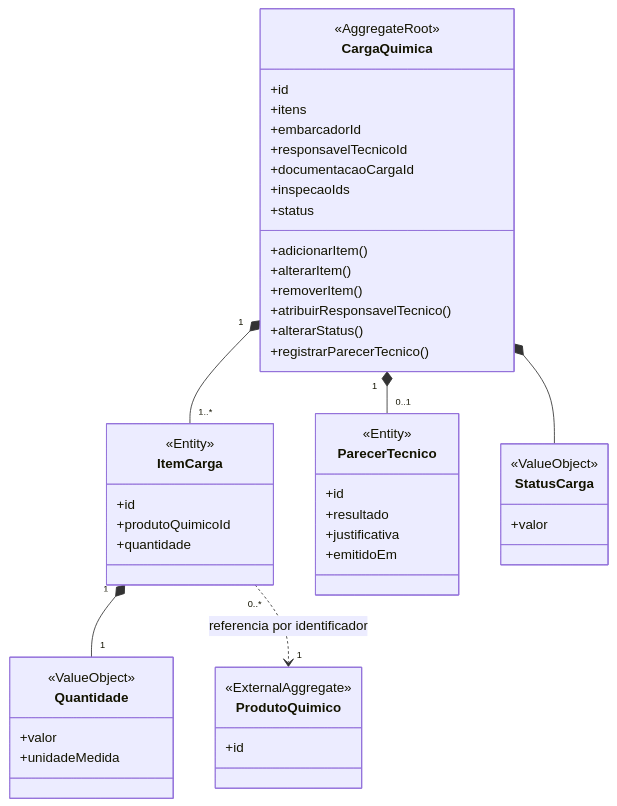
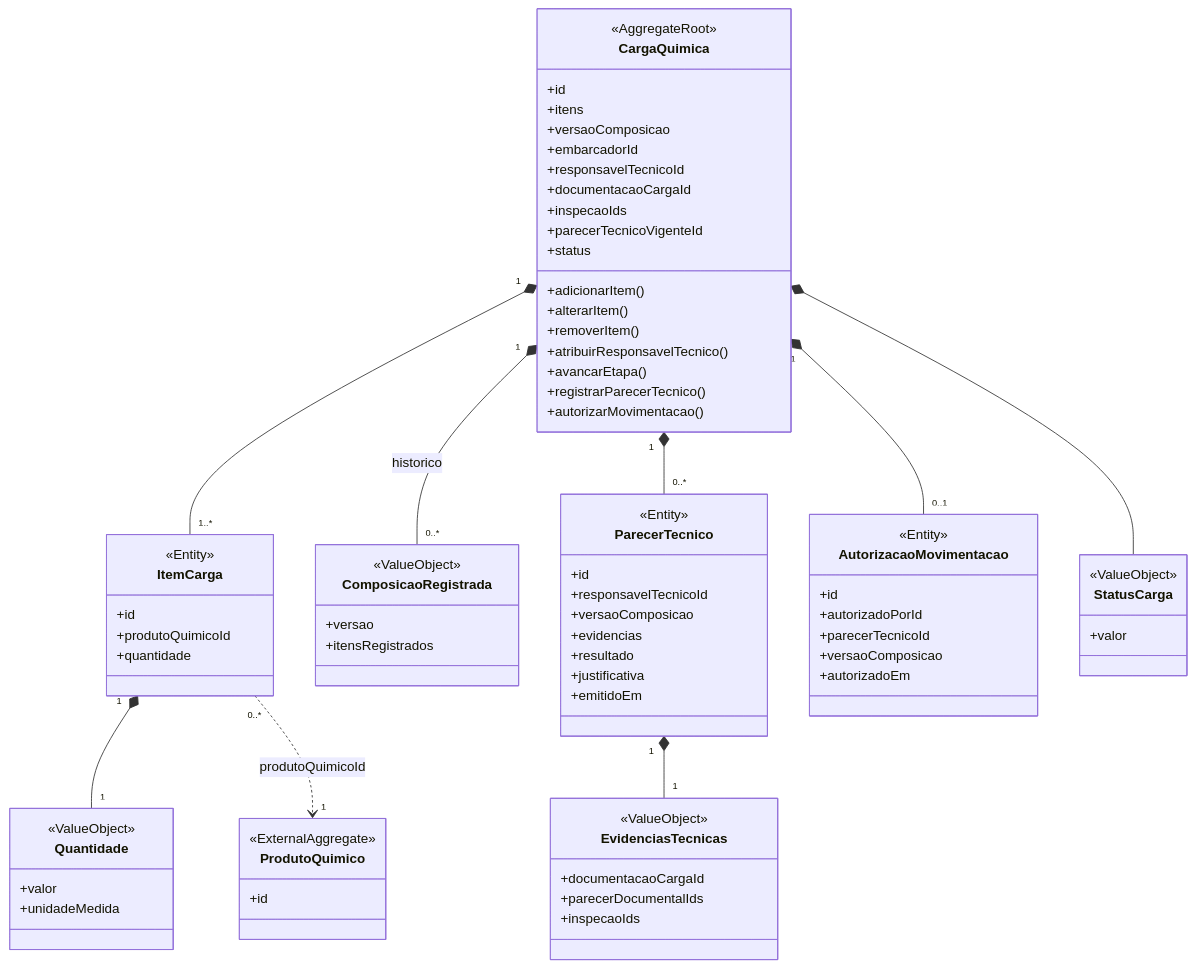
The second of 6 diagrams in docs/02-modelagem-com-ddd.md (TechChallengeFiap/Quimovia), drawn with Mermaid before and after one commit. The commit also changed other lines of this file, not shown here.

````diff
--- a/docs/02-modelagem-com-ddd.md
+++ b/docs/02-modelagem-com-ddd.md
@@ -75,17 +87,20 @@
         <<AggregateRoot>>
         +id
         +itens
+        +versaoComposicao
         +embarcadorId
         +responsavelTecnicoId
         +documentacaoCargaId
         +inspecaoIds
+        +parecerTecnicoVigenteId
         +status
         +adicionarItem()
         +alterarItem()
         +removerItem()
         +atribuirResponsavelTecnico()
-        +alterarStatus()
+        +avancarEtapa()
         +registrarParecerTecnico()
+        +autorizarMovimentacao()
     }
 
     class ItemCarga {
@@ -100,12 +115,37 @@
         +id
     }
 
+    class ComposicaoRegistrada {
+        <<ValueObject>>
+        +versao
+        +itensRegistrados
+    }
+
     class ParecerTecnico {
         <<Entity>>
         +id
+        +responsavelTecnicoId
+        +versaoComposicao
+        +evidencias
         +resultado
         +justificativa
         +emitidoEm
+    }
+
+    class EvidenciasTecnicas {
+        <<ValueObject>>
+        +documentacaoCargaId
+        +parecerDocumentalIds
+        +inspecaoIds
+    }
+
+    class AutorizacaoMovimentacao {
+        <<Entity>>
+        +id
+        +autorizadoPorId
+        +parecerTecnicoId
+        +versaoComposicao
+        +autorizadoEm
     }
 
     class StatusCarga {
@@ -120,8 +160,11 @@
     }
 
     CargaQuimica "1" *-- "1..*" ItemCarga
-    CargaQuimica "1" *-- "0..1" ParecerTecnico
+    CargaQuimica "1" *-- "0..*" ComposicaoRegistrada : historico
+    CargaQuimica "1" *-- "0..*" ParecerTecnico
+    CargaQuimica "1" *-- "0..1" AutorizacaoMovimentacao
     CargaQuimica *-- StatusCarga
     ItemCarga "1" *-- "1" Quantidade
-    ItemCarga "0..*" ..> "1" ProdutoQuimico : referencia por identificador
+    ItemCarga "0..*" ..> "1" ProdutoQuimico : produtoQuimicoId
+    ParecerTecnico "1" *-- "1" EvidenciasTecnicas
 ```
````
